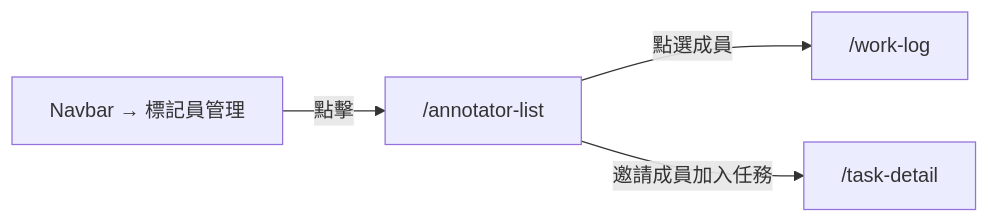
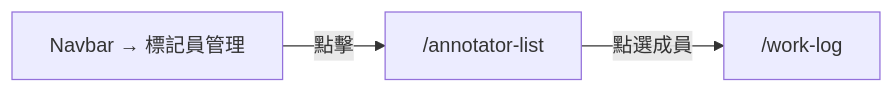
One commit to singyichen/label-suite changed the diagram in specs/annotator-management/008-annotator-list/spec.md. Above: the diagram before and after it, drawn with Mermaid. The commit also changed other lines of this file and 9 other files, not shown here.

````diff
--- a/specs/annotator-management/008-annotator-list/spec.md
+++ b/specs/annotator-management/008-annotator-list/spec.md
@@ -81,11 +81,9 @@
 ```mermaid
 flowchart LR
     navbar["Navbar → 標記員管理"]
     al["/annotator-list"]
     wl["/work-log"]
-    td["/task-detail"]
 
     navbar -->|"點擊"| al
     al     -->|"點選成員"| wl
-    al     -->|"邀請成員加入任務"| td
 ```
````
